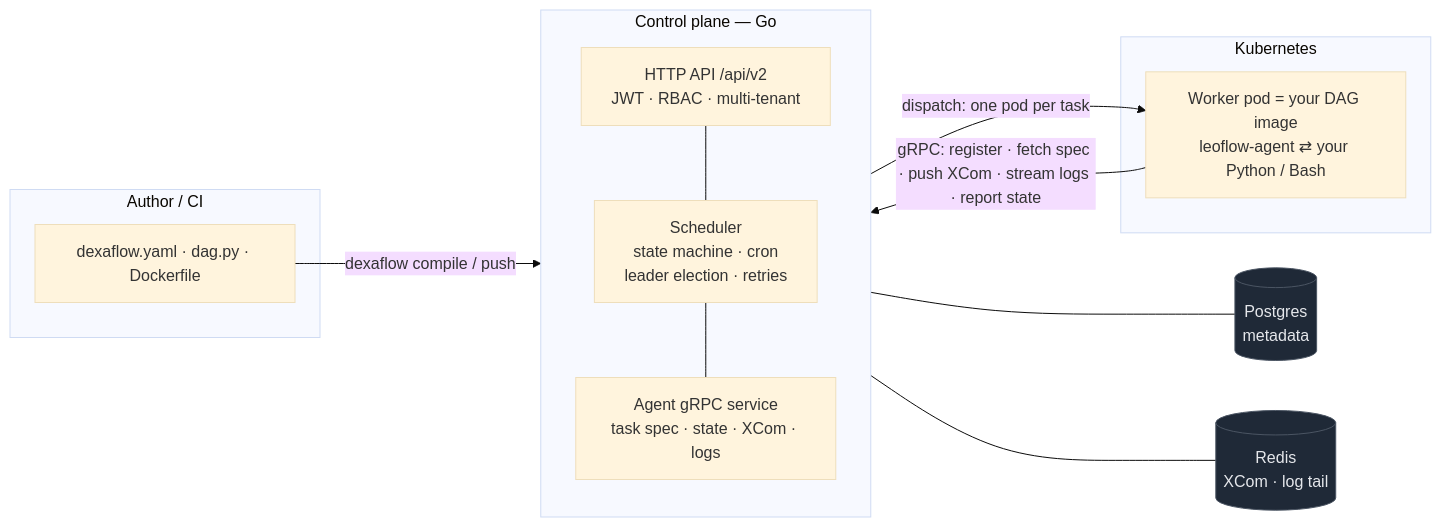
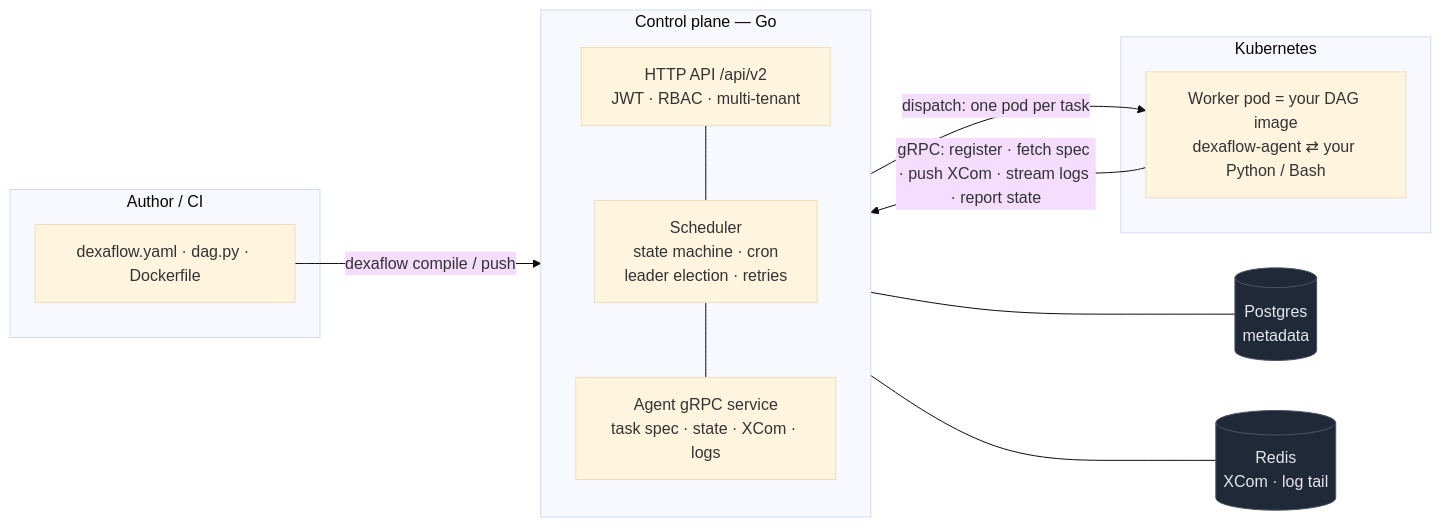
One commit to dexadata/dexaflow changed the diagram in README.md. Above: the diagram before and after it, drawn with Mermaid (base theme). The commit also changed other lines of this file and 67 other files, not shown here.

````diff
--- a/README.md
+++ b/README.md
@@ -242,27 +242,27 @@
 ```mermaid
 flowchart LR
     subgraph dev["Author / CI"]
         src["dexaflow.yaml · dag.py · Dockerfile"]
     end
 
     subgraph cp["Control plane — Go"]
         direction TB
         api["HTTP API /api/v2<br/>JWT · RBAC · multi-tenant"]
         sched["Scheduler<br/>state machine · cron<br/>leader election · retries"]
         asvc["Agent gRPC service<br/>task spec · state · XCom · logs"]
         api --- sched --- asvc
     end
 
     src -->|"dexaflow compile / push"| api
     sched --- pg[("Postgres<br/>metadata")]
     asvc --- redis[("Redis<br/>XCom · log tail")]
 
     sched -->|"dispatch: one pod per task"| pod
     subgraph k8s["Kubernetes"]
-        pod["Worker pod = your DAG image<br/>leoflow-agent ⇄ your Python / Bash"]
+        pod["Worker pod = your DAG image<br/>dexaflow-agent ⇄ your Python / Bash"]
     end
     pod -->|"gRPC: register · fetch spec · push XCom · stream logs · report state"| asvc
 
     classDef store fill:#1f2937,stroke:#4b5563,color:#e5e7eb;
     class pg,redis store;
 ```
````
